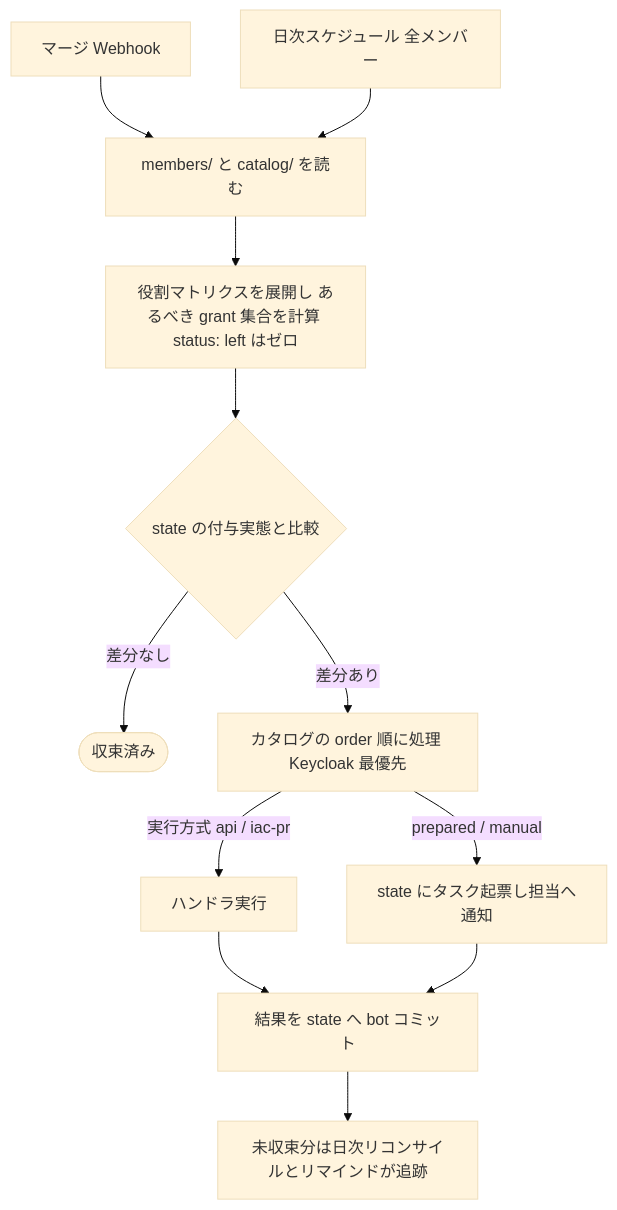
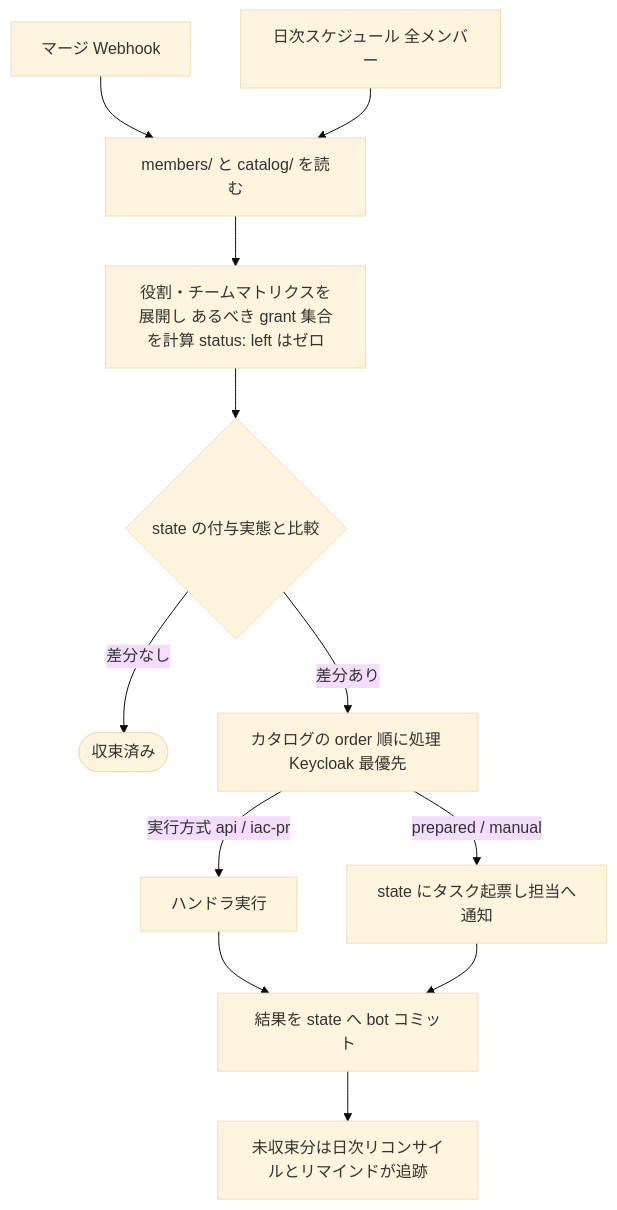
One commit to Koala-Heavy-Industries/n8n-test changed the first of 2 diagrams in docs/design/01-member-lifecycle.md. Above: the diagram before and after it, drawn with Mermaid (base theme). The commit also changed other lines of this file and 4 other files, not shown here.

````diff
--- a/docs/design/01-member-lifecycle.md
+++ b/docs/design/01-member-lifecycle.md
@@ -53,14 +54,14 @@
 ```mermaid
 flowchart TD
     T1[マージ Webhook] --> R
     T2[日次スケジュール 全メンバー] --> R[members/ と catalog/ を読む]
-    R --> M[役割マトリクスを展開し あるべき grant 集合を計算 status: left はゼロ]
+    R --> M[役割・チームマトリクスを展開し あるべき grant 集合を計算 status: left はゼロ]
     M --> D{state の付与実態と比較}
     D -->|差分なし| Z([収束済み])
     D -->|差分あり| O[カタログの order 順に処理 Keycloak 最優先]
     O -->|実行方式 api / iac-pr| X[ハンドラ実行]
     O -->|prepared / manual| G[state にタスク起票し担当へ通知]
     X --> W[結果を state へ bot コミット]
     G --> W
     W --> Z2[未収束分は日次リコンサイルとリマインドが追跡]
 ```
````
